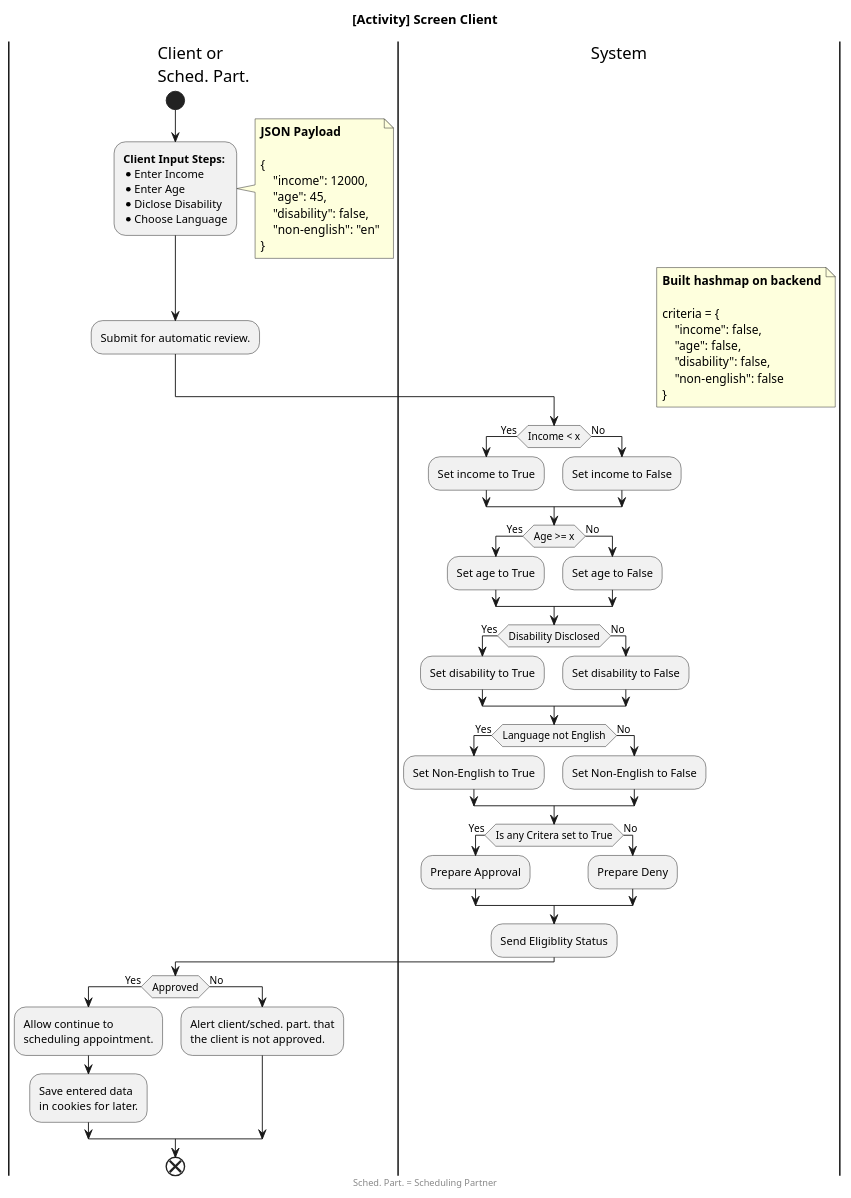
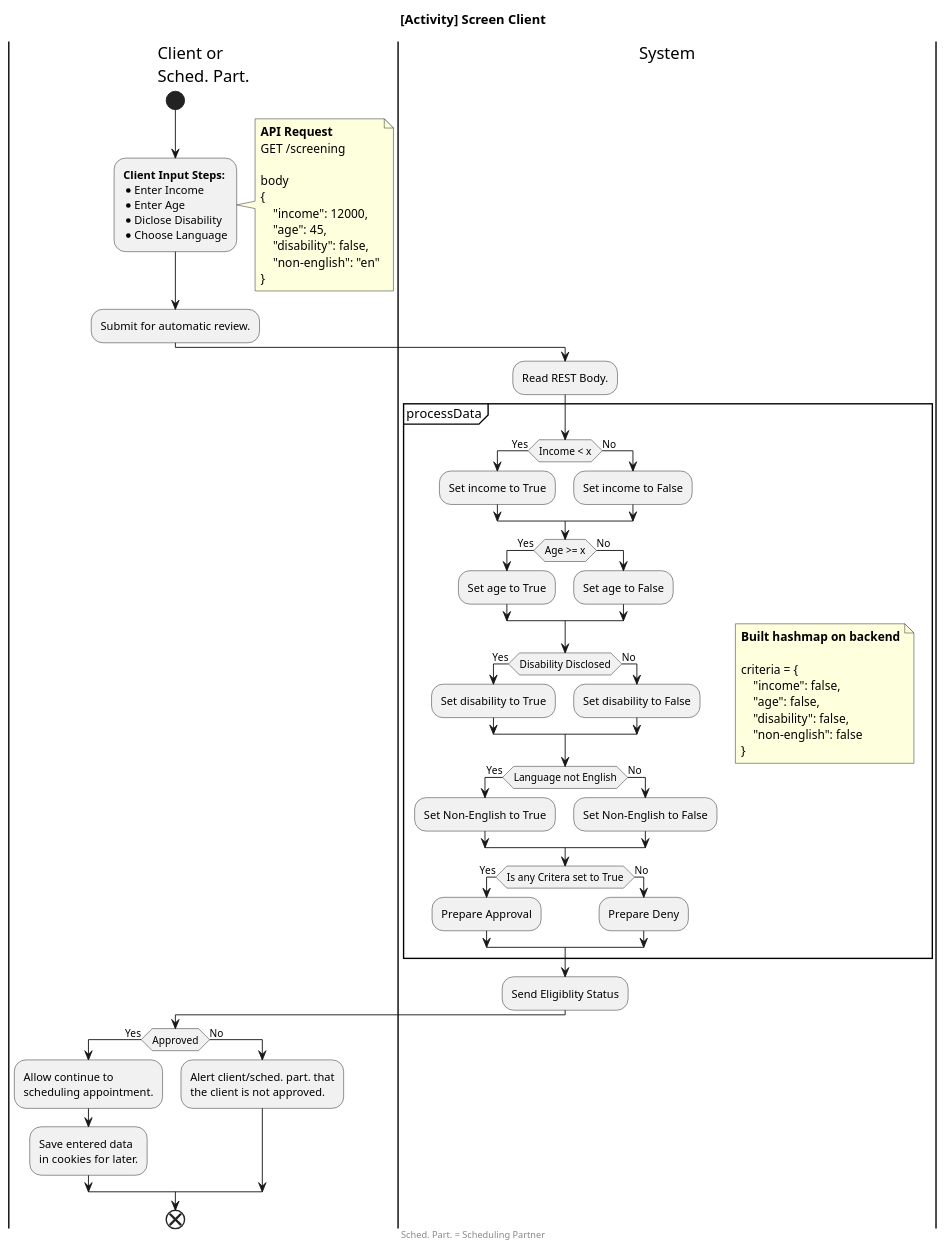
Before and after one commit to ItzNxthaniel/cisc260-final-reservation-itznxthaniel: the diagram in diagrams/src/activity_diagrams/screen_client.puml, drawn with PlantUML. The commit also changed 1 other file, not shown here.

Commit message:
Refine cancel and screening acitivity diagrams.

```diff
--- a/diagrams/src/activity_diagrams/screen_client.puml
+++ b/diagrams/src/activity_diagrams/screen_client.puml
@@ -1,78 +1,83 @@
 @startuml "[Activity] VITA Reserve - Screen Client"
 skinparam ConditionEndStyle hline
 title "[Activity] Screen Client"
 
 |Client or\nSched. Part.|
 start
 :<b>Client Input Steps:</b>
 * Enter Income
 * Enter Age
 * Diclose Disability
 * Choose Language;
 note right
-    **JSON Payload**
+    **API Request**
+    GET /screening
     <font:monospaced>
+    body
     {
         "income": 12000,
         "age": 45,
         "disability": false,
         "non-english": "en"
     }
 end note
 :Submit for automatic review.;
 
 |System|
-floating note right
-    **Built hashmap on backend**
-    <font:monospaced>
-    criteria = {
-        "income": false,
-        "age": false,
-        "disability": false,
-        "non-english": false
-    }
-end note
-if (Income < x) then (Yes)
-    :Set income to True;
-else (No)
-    :Set income to False;
-endif
+:Read REST Body.;
+partition "processData" {
+    floating note right
+        **Built hashmap on backend**
+        <font:monospaced>
+        criteria = {
+            "income": false,
+            "age": false,
+            "disability": false,
+            "non-english": false
+        }
+    end note
+    if (Income < x) then (Yes)
+        :Set income to True;
+    else (No)
+        :Set income to False;
+    endif
 
-if (Age >= x) then (Yes)
-    :Set age to True;
-else (No)
-    :Set age to False;
-endif
+    if (Age >= x) then (Yes)
+        :Set age to True;
+    else (No)
+        :Set age to False;
+    endif
 
-if (Disability Disclosed) then (Yes)
-    :Set disability to True;
-else (No)
-    :Set disability to False;
-endif
+    if (Disability Disclosed) then (Yes)
+        :Set disability to True;
+    else (No)
+        :Set disability to False;
+    endif
 
-if (Language not English) then (Yes)
-    :Set Non-English to True;
-else (No)
-    :Set Non-English to False;
-endif
+    if (Language not English) then (Yes)
+        :Set Non-English to True;
+    else (No)
+        :Set Non-English to False;
+    endif
 
-if (Is any Critera set to True) then (Yes)
-    :Prepare Approval;
-else (No)
-    :Prepare Deny;
-endif
+    if (Is any Critera set to True) then (Yes)
+        :Prepare Approval;
+    else (No)
+        :Prepare Deny;
+    endif
+}
 
 :Send Eligiblity Status;
 
 |Client or\nSched. Part.|
 if (Approved) then (Yes)
     :Allow continue to\nscheduling appointment.;
 
     :Save entered data\nin cookies for later.;
 else (No)
     :Alert client/sched. part. that\nthe client is not approved.;
 endif
 
 end
 footer Sched. Part. = Scheduling Partner
 @enduml
```
